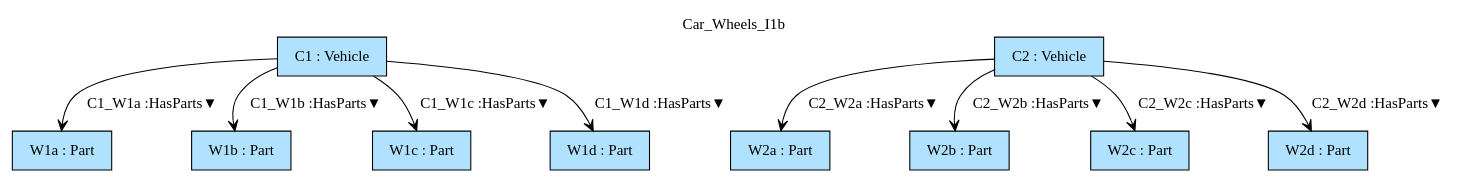
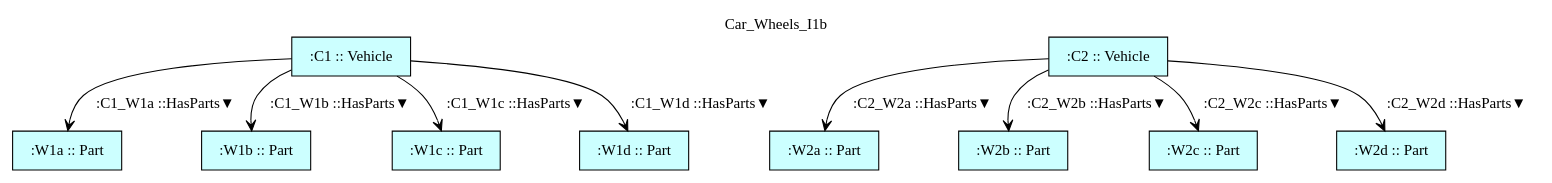
One commit to namalio/Fragmenta changed the diagram in Haskell/FragmentaTests/VehicleParts/img/Car_Wheels_I1b.gv. Above: the diagram before and after it, drawn with Graphviz. The commit also changed 161 other files, not shown here.

```diff
--- a/Haskell/FragmentaTests/VehicleParts/img/Car_Wheels_I1b.gv
+++ b/Haskell/FragmentaTests/VehicleParts/img/Car_Wheels_I1b.gv
@@ -1,21 +1,21 @@
 digraph {graph[label=Car_Wheels_I1b,labelloc=tl,labelfontsize=12];
-"C1"[shape=box,fillcolor=lightskyblue1,style = filled,label="C1 : Vehicle"];
-"C2"[shape=box,fillcolor=lightskyblue1,style = filled,label="C2 : Vehicle"];
-"W1a"[shape=box,fillcolor=lightskyblue1,style = filled,label="W1a : Part"];
-"W1b"[shape=box,fillcolor=lightskyblue1,style = filled,label="W1b : Part"];
-"W1c"[shape=box,fillcolor=lightskyblue1,style = filled,label="W1c : Part"];
-"W1d"[shape=box,fillcolor=lightskyblue1,style = filled,label="W1d : Part"];
-"W2a"[shape=box,fillcolor=lightskyblue1,style = filled,label="W2a : Part"];
-"W2b"[shape=box,fillcolor=lightskyblue1,style = filled,label="W2b : Part"];
-"W2c"[shape=box,fillcolor=lightskyblue1,style = filled,label="W2c : Part"];
-"W2d"[shape=box,fillcolor=lightskyblue1,style = filled,label="W2d : Part"];
+"C1"[shape=box,fillcolor="#CCFFFF",style = filled,label=":C1 :: Vehicle"];
+"C2"[shape=box,fillcolor="#CCFFFF",style = filled,label=":C2 :: Vehicle"];
+"W1a"[shape=box,fillcolor="#CCFFFF",style = filled,label=":W1a :: Part"];
+"W1b"[shape=box,fillcolor="#CCFFFF",style = filled,label=":W1b :: Part"];
+"W1c"[shape=box,fillcolor="#CCFFFF",style = filled,label=":W1c :: Part"];
+"W1d"[shape=box,fillcolor="#CCFFFF",style = filled,label=":W1d :: Part"];
+"W2a"[shape=box,fillcolor="#CCFFFF",style = filled,label=":W2a :: Part"];
+"W2b"[shape=box,fillcolor="#CCFFFF",style = filled,label=":W2b :: Part"];
+"W2c"[shape=box,fillcolor="#CCFFFF",style = filled,label=":W2c :: Part"];
+"W2d"[shape=box,fillcolor="#CCFFFF",style = filled,label=":W2d :: Part"];
 
-"C1"->"W1a"[label="C1_W1a :HasParts▼",arrowhead=vee];
-"C1"->"W1b"[label="C1_W1b :HasParts▼",arrowhead=vee];
-"C1"->"W1c"[label="C1_W1c :HasParts▼",arrowhead=vee];
-"C1"->"W1d"[label="C1_W1d :HasParts▼",arrowhead=vee];
-"C2"->"W2a"[label="C2_W2a :HasParts▼",arrowhead=vee];
-"C2"->"W2b"[label="C2_W2b :HasParts▼",arrowhead=vee];
-"C2"->"W2c"[label="C2_W2c :HasParts▼",arrowhead=vee];
-"C2"->"W2d"[label="C2_W2d :HasParts▼",arrowhead=vee];
+"C1"->"W1a"[label=":C1_W1a ::HasParts▼",arrowhead=vee];
+"C1"->"W1b"[label=":C1_W1b ::HasParts▼",arrowhead=vee];
+"C1"->"W1c"[label=":C1_W1c ::HasParts▼",arrowhead=vee];
+"C1"->"W1d"[label=":C1_W1d ::HasParts▼",arrowhead=vee];
+"C2"->"W2a"[label=":C2_W2a ::HasParts▼",arrowhead=vee];
+"C2"->"W2b"[label=":C2_W2b ::HasParts▼",arrowhead=vee];
+"C2"->"W2c"[label=":C2_W2c ::HasParts▼",arrowhead=vee];
+"C2"->"W2d"[label=":C2_W2d ::HasParts▼",arrowhead=vee];
 }
```
